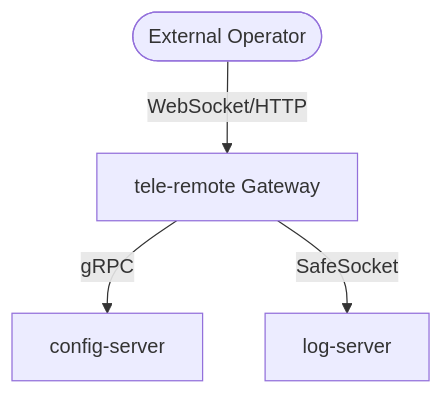
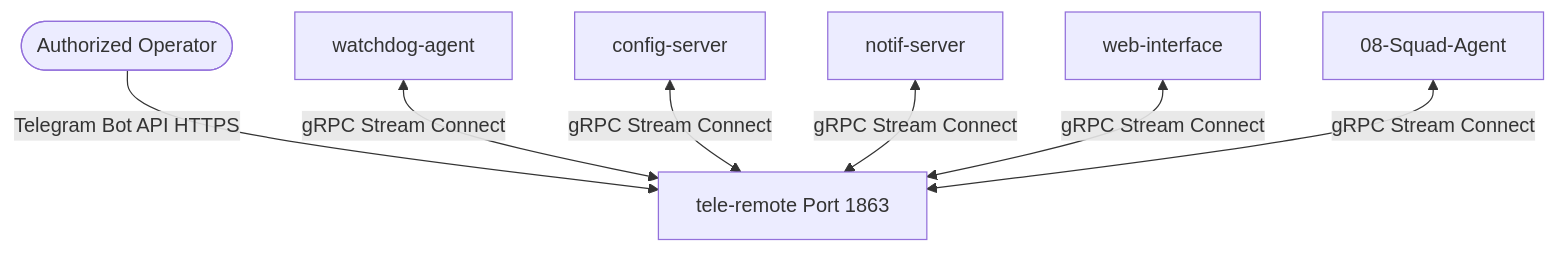
One commit to Bastien-Antigravity/tele-remote changed the diagram in quick-overview/Architecture-Overview.md. Above: the diagram before and after it, drawn with Mermaid. The commit also changed other lines of this file and 28 other files, not shown here.

Commit message:
refactor: refactor codebase and update documentation for tele-remote v2 architecture

````diff
--- a/quick-overview/Architecture-Overview.md
+++ b/quick-overview/Architecture-Overview.md
@@ -25,6 +25,9 @@
 ```mermaid
 graph TD
-    User([External Operator]) -->|WebSocket/HTTP| Tele[tele-remote Gateway]
-    Tele -->|gRPC| Config[config-server]
-    Tele -->|SafeSocket| Log[log-server]
+    User([Authorized Operator]) -->|Telegram Bot API HTTPS| Tele[tele-remote Port 1863]
+    Watchdog[watchdog-agent] <-->|gRPC Stream Connect| Tele
+    Config[config-server] <-->|gRPC Stream Connect| Tele
+    Notif[notif-server] <-->|gRPC Stream Connect| Tele
+    Web[web-interface] <-->|gRPC Stream Connect| Tele
+    Squad[08-Squad-Agent] <-->|gRPC Stream Connect| Tele
 ```
````
